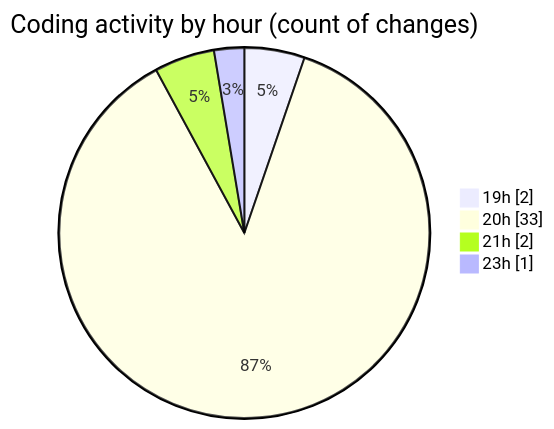
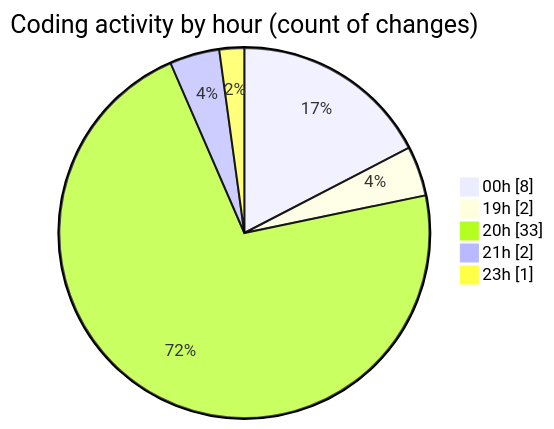
One commit to ernivani/code-tracking changed the second of 2 diagrams in 2024-12-29/my-code-activity-ext/README.md. Above: the diagram before and after it, drawn with Mermaid. The commit also changed other lines of this file and 2 other files, not shown here.

````diff
--- a/2024-12-29/my-code-activity-ext/README.md
+++ b/2024-12-29/my-code-activity-ext/README.md
@@ -46,8 +48,9 @@
 ```mermaid
 pie showData
 title Coding activity by hour (count of changes)
+"00h" : 8
 "19h" : 2
 "20h" : 33
 "21h" : 2
 "23h" : 1
 ```
````
